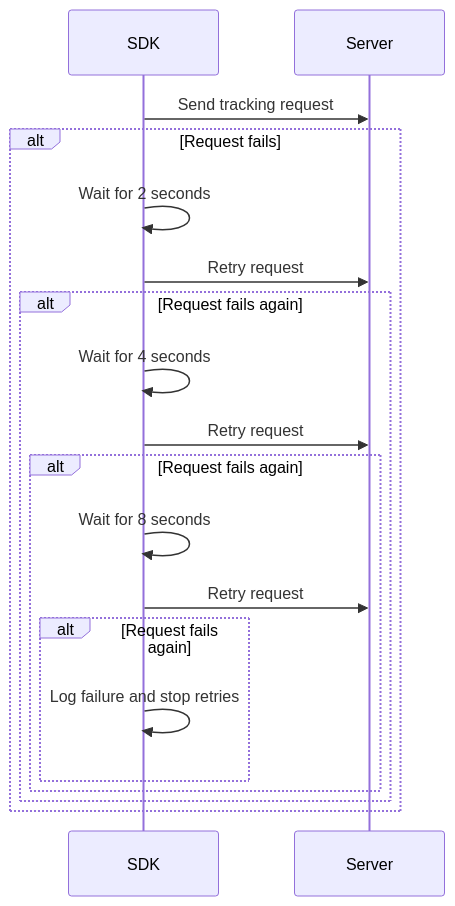
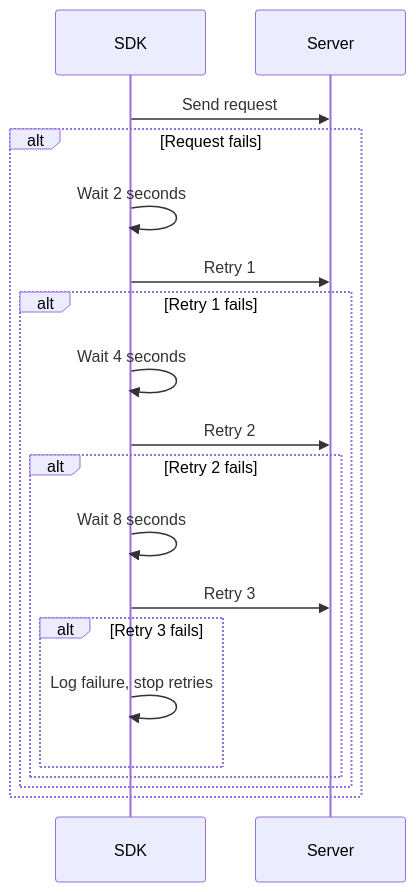
The diagram in docs/Concepts/sdk-retry-mechanism.md (wingify/readme-central), drawn with Mermaid before and after one commit.

Commit message:
Update doc `sdk-retry-mechanism`

````diff
--- a/docs/Concepts/sdk-retry-mechanism.md
+++ b/docs/Concepts/sdk-retry-mechanism.md
@@ -30,22 +30,22 @@
 ```mermaid
 sequenceDiagram
     participant SDK
     participant Server
 
-    SDK->>Server: Send tracking request
+    SDK->>Server: Send request
     alt Request fails
-        SDK->>SDK: Wait for 2 seconds
-        SDK->>Server: Retry request
-        alt Request fails again
-            SDK->>SDK: Wait for 4 seconds
-            SDK->>Server: Retry request
-            alt Request fails again
-                SDK->>SDK: Wait for 8 seconds
-                SDK->>Server: Retry request
-                alt Request fails again
-                    SDK->>SDK: Log failure and stop retries
+        SDK->>SDK: Wait 2 seconds
+        SDK->>Server: Retry 1
+        alt Retry 1 fails
+            SDK->>SDK: Wait 4 seconds
+            SDK->>Server: Retry 2
+            alt Retry 2 fails
+                SDK->>SDK: Wait 8 seconds
+                SDK->>Server: Retry 3
+                alt Retry 3 fails
+                    SDK->>SDK: Log failure, stop retries
                 end
             end
         end
     end
 ```
````
